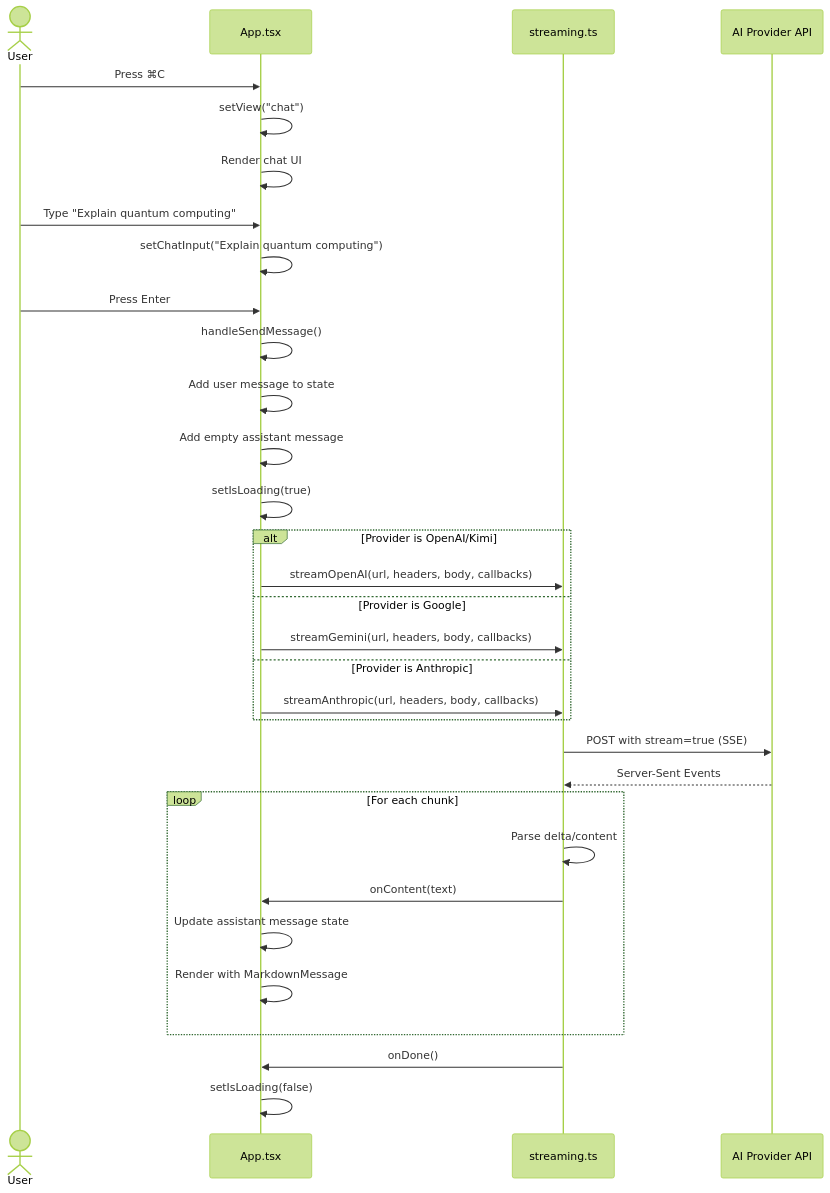
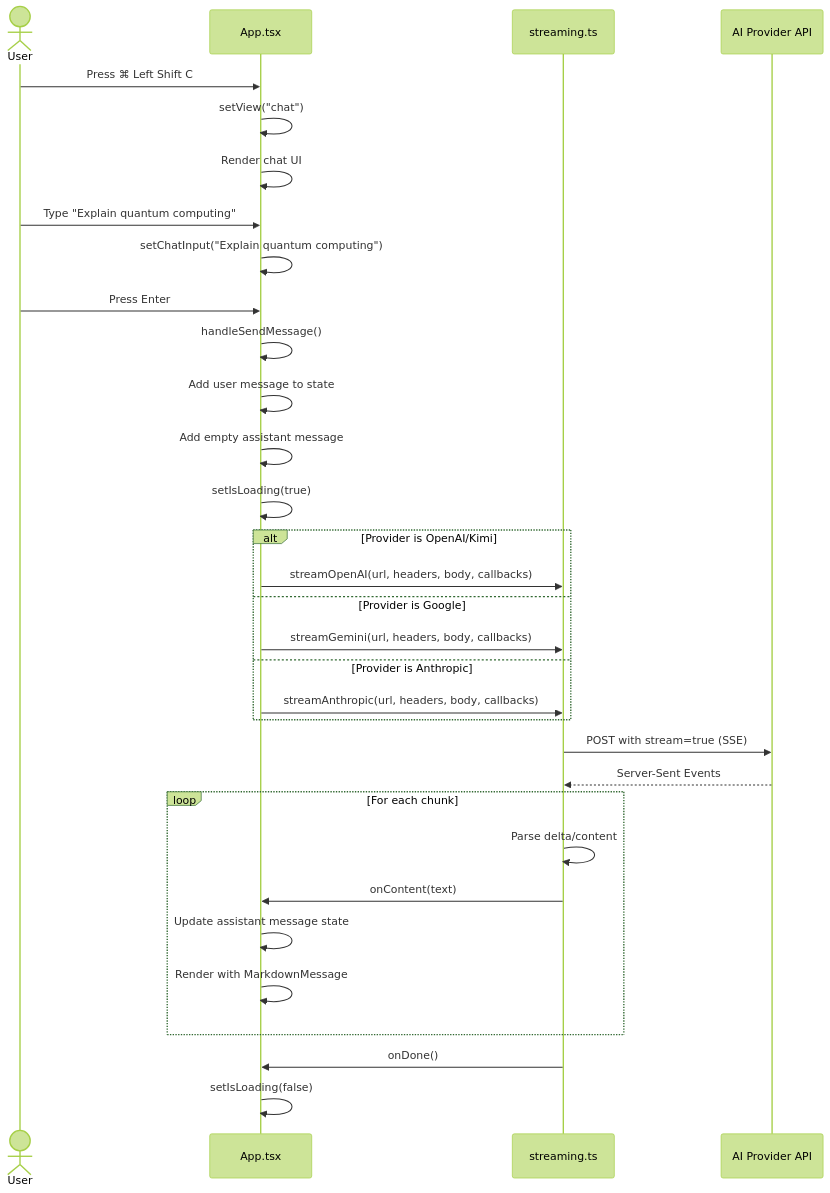
Before and after one commit to RickyDane/gquick: the sixth of 11 diagrams in arch/diagrams/sequence.md, drawn with Mermaid (forest theme). The commit also changed 28 other files, not shown here.

````diff
--- a/arch/diagrams/sequence.md
+++ b/arch/diagrams/sequence.md
@@ -222,41 +222,41 @@
 ```mermaid
 sequenceDiagram
     actor User
     participant App as App.tsx
     participant Stream as streaming.ts
     participant API as AI Provider API
 
-    User->>App: Press ⌘C
+    User->>App: Press ⌘ Left Shift C
     App->>App: setView("chat")
     App->>App: Render chat UI
 
     User->>App: Type "Explain quantum computing"
     App->>App: setChatInput("Explain quantum computing")
 
     User->>App: Press Enter
     App->>App: handleSendMessage()
     App->>App: Add user message to state
     App->>App: Add empty assistant message
     App->>App: setIsLoading(true)
 
     alt Provider is OpenAI/Kimi
         App->>Stream: streamOpenAI(url, headers, body, callbacks)
     else Provider is Google
         App->>Stream: streamGemini(url, headers, body, callbacks)
     else Provider is Anthropic
         App->>Stream: streamAnthropic(url, headers, body, callbacks)
     end
 
     Stream->>API: POST with stream=true (SSE)
     API-->>Stream: Server-Sent Events
 
     loop For each chunk
         Stream->>Stream: Parse delta/content
         Stream->>App: onContent(text)
         App->>App: Update assistant message state
         App->>App: Render with MarkdownMessage
     end
 
     Stream->>App: onDone()
     App->>App: setIsLoading(false)
 ```
````
